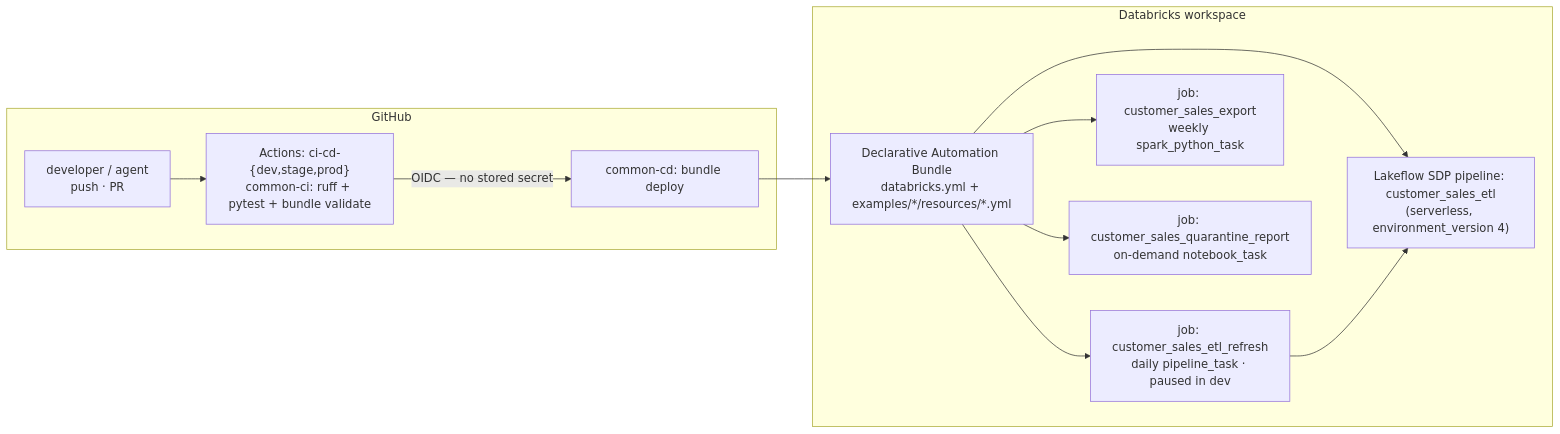
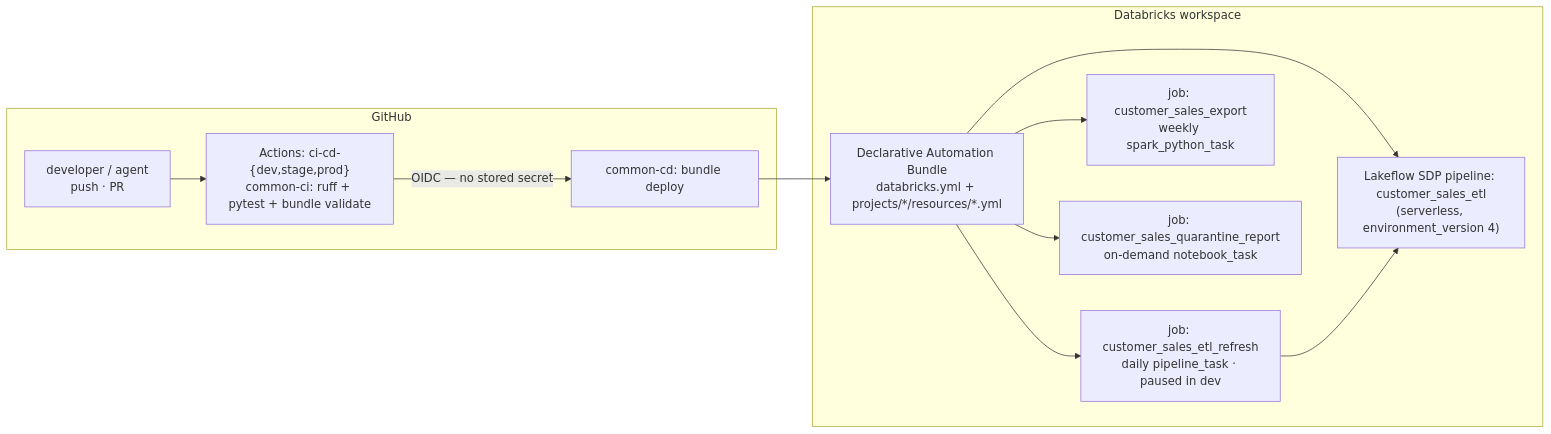
The first of 6 diagrams in docs/ARCHITECTURE.md (Vegash09/Demo_Lab), drawn with Mermaid before and after one commit. The commit also changed other lines of this file and 68 other files, not shown here.

First line of the commit message:
refactor: rename examples/ -> projects/ (reference domains)

````diff
--- a/docs/ARCHITECTURE.md
+++ b/docs/ARCHITECTURE.md
@@ -15,16 +15,16 @@
 ```mermaid
 flowchart LR
     subgraph GH["GitHub"]
         DEV["developer / agent<br/>push · PR"] --> CI["Actions: ci-cd-{dev,stage,prod}<br/>common-ci: ruff + pytest + bundle validate"]
         CI -->|"OIDC — no stored secret"| CD["common-cd: bundle deploy"]
     end
 
     subgraph WS["Databricks workspace"]
-        CD --> DAB["Declarative Automation Bundle<br/>databricks.yml + examples/*/resources/*.yml"]
+        CD --> DAB["Declarative Automation Bundle<br/>databricks.yml + projects/*/resources/*.yml"]
         DAB --> PL["Lakeflow SDP pipeline: customer_sales_etl<br/>(serverless, environment_version 4)"]
         DAB --> JOB["job: customer_sales_etl_refresh<br/>daily pipeline_task · paused in dev"]
         DAB --> EXP["job: customer_sales_export<br/>weekly spark_python_task"]
         DAB --> QR["job: customer_sales_quarantine_report<br/>on-demand notebook_task"]
         JOB --> PL
     end
 ```
````
